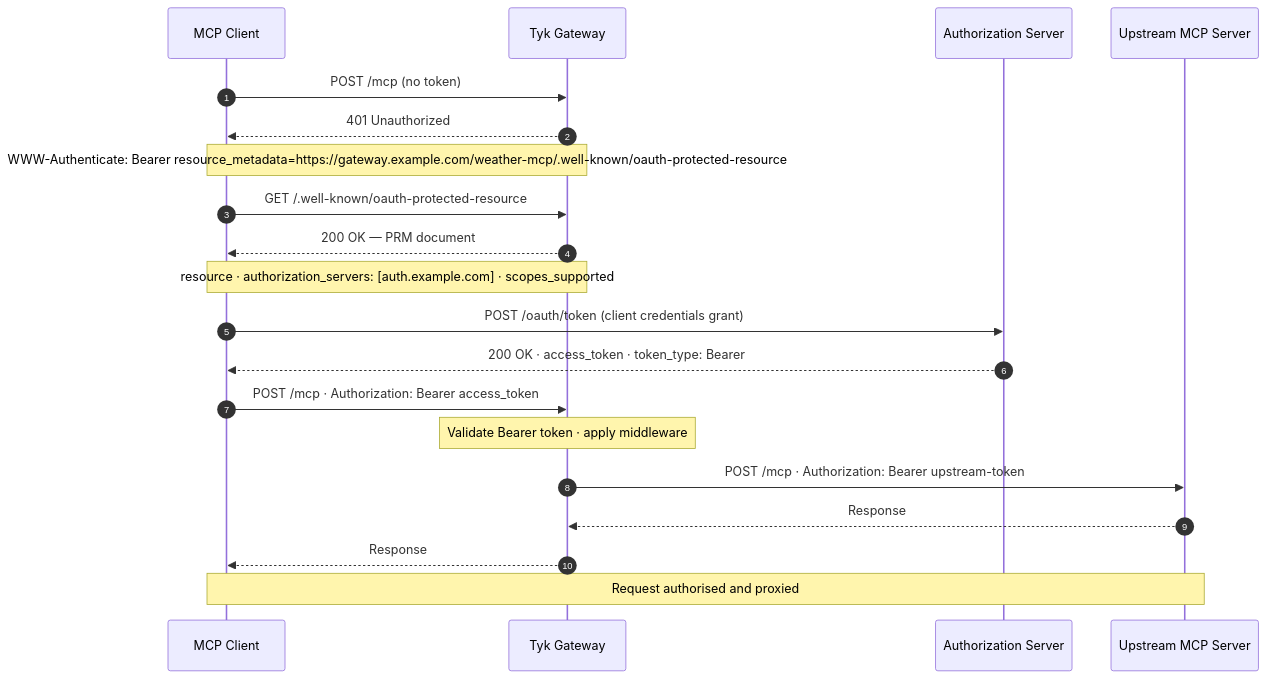
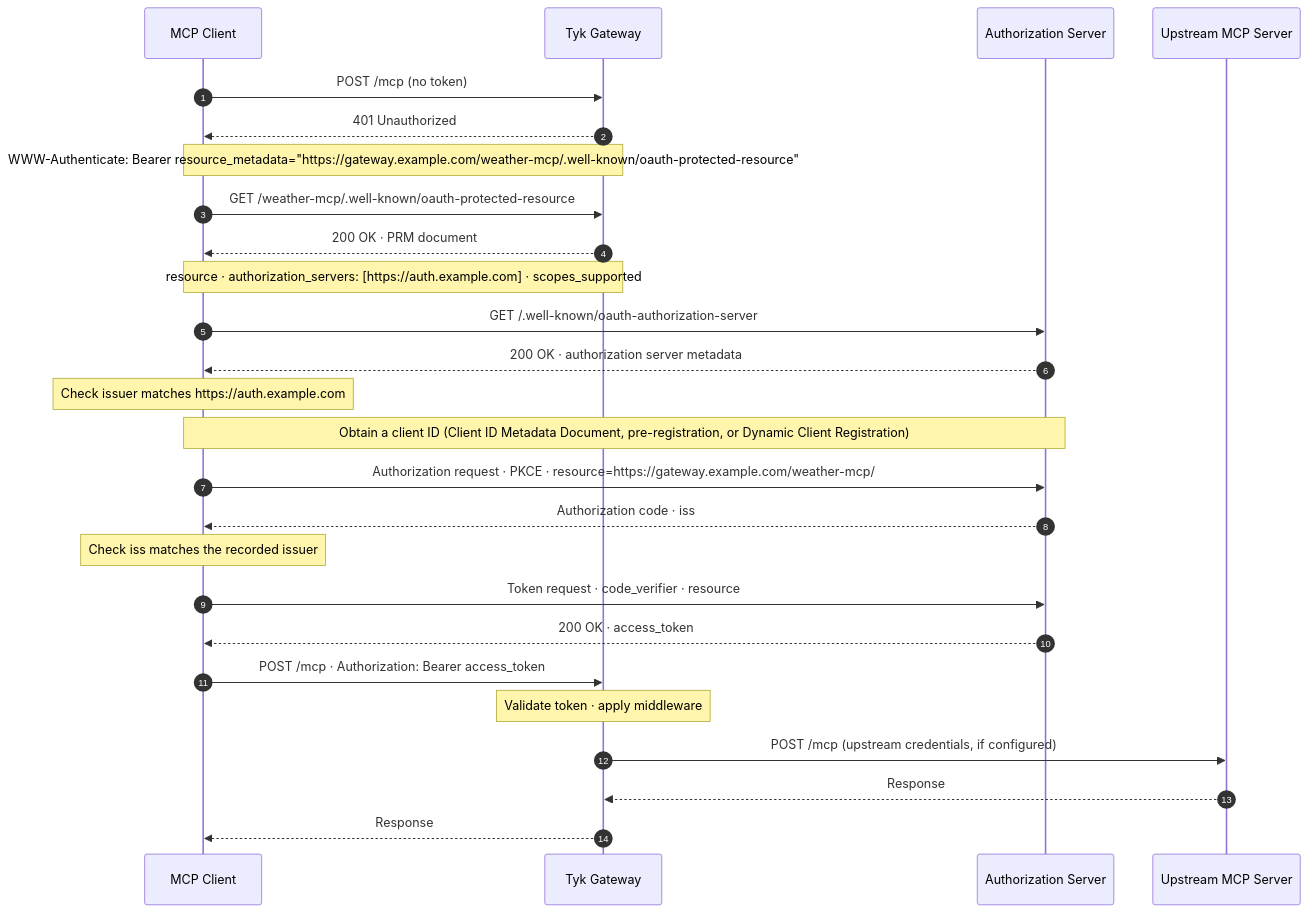
The first of 3 diagrams in ai-management/mcp-gateway/oauth-2-1.mdx (TykTechnologies/tyk-docs), drawn with Mermaid before and after one commit. The commit also changed other lines of this file and 6 other files, not shown here.

First line of the commit message:
[TT-18006, TT-18004] Refine MCP version wording, headers, transport and OAuth flow

````diff
--- a/ai-management/mcp-gateway/oauth-2-1.mdx
+++ b/ai-management/mcp-gateway/oauth-2-1.mdx
@@ -38,26 +38,33 @@
 ```mermaid
 sequenceDiagram
     autonumber
     participant C as MCP Client
     participant T as Tyk Gateway
     participant A as Authorization Server
     participant U as Upstream MCP Server
 
     C->>T: POST /mcp (no token)
     T-->>C: 401 Unauthorized
-    Note over T,C: WWW-Authenticate: Bearer resource_metadata=https://gateway.example.com/weather-mcp/.well-known/oauth-protected-resource
+    Note over T,C: WWW-Authenticate: Bearer resource_metadata="https://gateway.example.com/weather-mcp/.well-known/oauth-protected-resource"
 
-    C->>T: GET /.well-known/oauth-protected-resource
-    T-->>C: 200 OK — PRM document
-    Note over T,C: resource · authorization_servers: [auth.example.com] · scopes_supported
+    C->>T: GET /weather-mcp/.well-known/oauth-protected-resource
+    T-->>C: 200 OK · PRM document
+    Note over T,C: resource · authorization_servers: [https://auth.example.com] · scopes_supported
 
-    C->>A: POST /oauth/token (client credentials grant)
-    A-->>C: 200 OK · access_token · token_type: Bearer
+    C->>A: GET /.well-known/oauth-authorization-server
+    A-->>C: 200 OK · authorization server metadata
+    Note over C: Check issuer matches https://auth.example.com
+
+    Note over C,A: Obtain a client ID (Client ID Metadata Document, pre-registration, or Dynamic Client Registration)
+    C->>A: Authorization request · PKCE · resource=https://gateway.example.com/weather-mcp/
+    A-->>C: Authorization code · iss
+    Note over C: Check iss matches the recorded issuer
+    C->>A: Token request · code_verifier · resource
+    A-->>C: 200 OK · access_token
 
     C->>T: POST /mcp · Authorization: Bearer access_token
-    Note over T: Validate Bearer token · apply middleware
-    T->>U: POST /mcp · Authorization: Bearer upstream-token
+    Note over T: Validate token · apply middleware
+    T->>U: POST /mcp (upstream credentials, if configured)
     U-->>T: Response
     T-->>C: Response
-    Note over C,U: Request authorised and proxied
 ```
````
